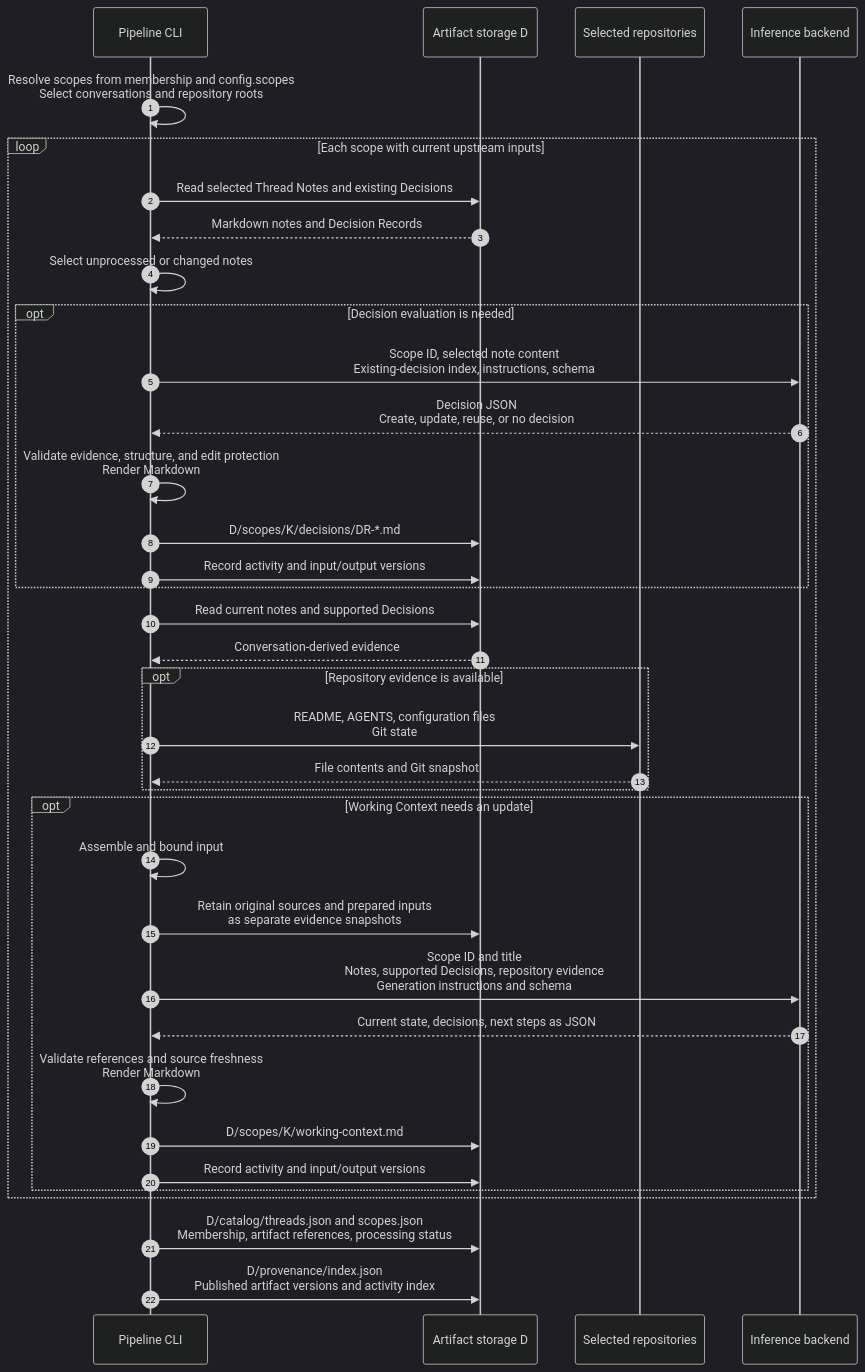
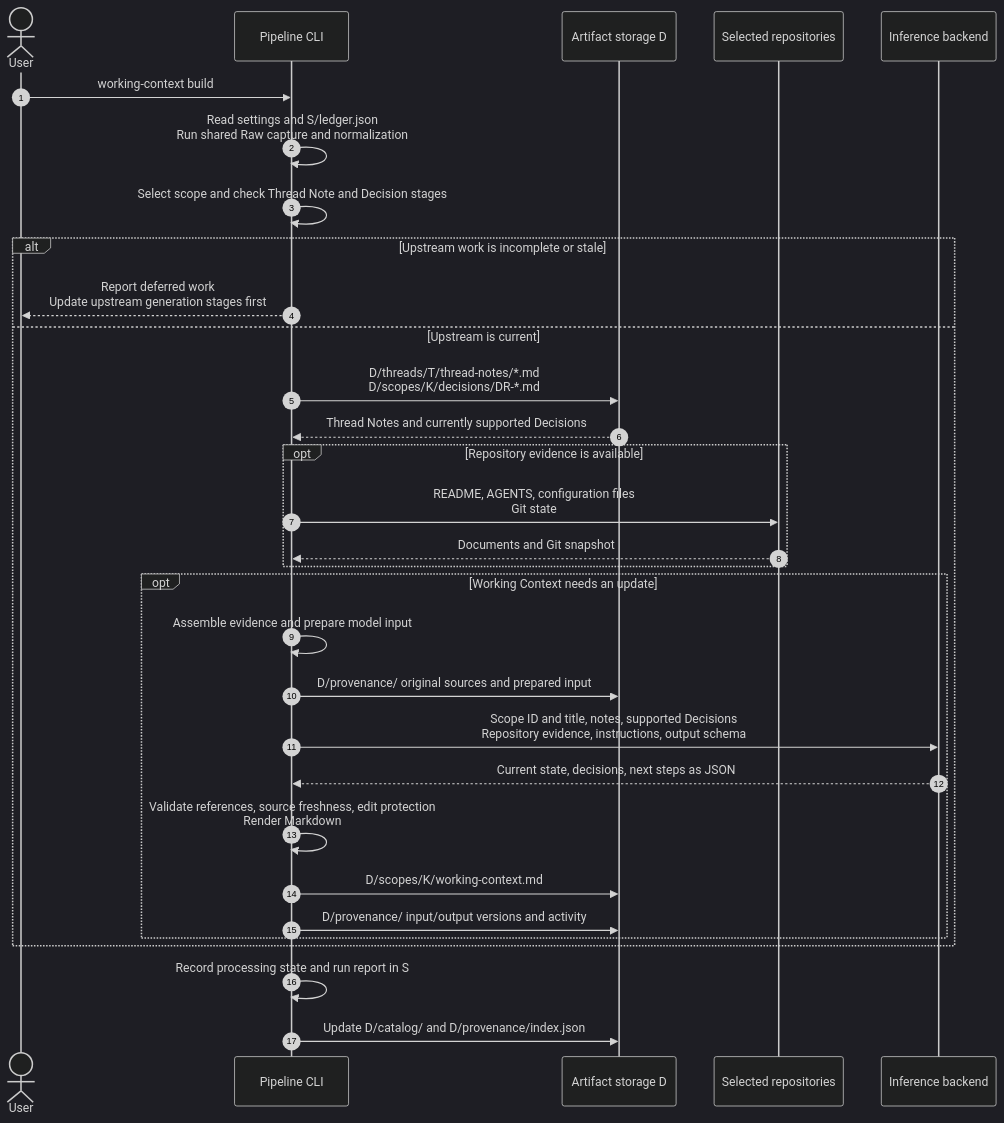
One commit to tuckn/tkn_codex_chat_note_pipeline changed the fourth of 5 diagrams in README.md. Above: the diagram before and after it, drawn with Mermaid (dark theme). The commit also changed other lines of this file and 1 other file, not shown here.

First line of the commit message:
Update Japanese README for clarity and detail on Codex Context Pipeline

````diff
--- a/README.md
+++ b/README.md
@@ -490,44 +511,34 @@
 ```mermaid
 sequenceDiagram
     autonumber
+    actor U as User
     participant P as Pipeline CLI
     participant D as Artifact storage D
     participant R as Selected repositories
     participant AI as Inference backend
 
-    P->>P: Resolve scopes from membership and config.scopes<br/>Select conversations and repository roots
-
-    loop Each scope with current upstream inputs
-        P->>D: Read selected Thread Notes and existing Decisions
-        D-->>P: Markdown notes and Decision Records
-        P->>P: Select unprocessed or changed notes
-
-        opt Decision evaluation is needed
-            P->>AI: Scope ID, selected note content<br/>Existing-decision index, instructions, schema
-            AI-->>P: Decision JSON<br/>Create, update, reuse, or no decision
-            P->>P: Validate evidence, structure, and edit protection<br/>Render Markdown
-            P->>D: D/scopes/K/decisions/DR-*.md
-            P->>D: Record activity and input/output versions
-        end
-
-        P->>D: Read current notes and supported Decisions
-        D-->>P: Conversation-derived evidence
+    U->>P: working-context build
+    P->>P: Read settings and S/ledger.json<br/>Run shared Raw capture and normalization
+    P->>P: Select scope and check Thread Note and Decision stages
+    alt Upstream work is incomplete or stale
+        P-->>U: Report deferred work<br/>Update upstream generation stages first
+    else Upstream is current
+        P->>D: D/threads/T/thread-notes/*.md<br/>D/scopes/K/decisions/DR-*.md
+        D-->>P: Thread Notes and currently supported Decisions
         opt Repository evidence is available
             P->>R: README, AGENTS, configuration files<br/>Git state
-            R-->>P: File contents and Git snapshot
+            R-->>P: Documents and Git snapshot
         end
-
         opt Working Context needs an update
-            P->>P: Assemble and bound input
-            P->>D: Retain original sources and prepared inputs<br/>as separate evidence snapshots
-            P->>AI: Scope ID and title<br/>Notes, supported Decisions, repository evidence<br/>Generation instructions and schema
+            P->>P: Assemble evidence and prepare model input
+            P->>D: D/provenance/ original sources and prepared input
+            P->>AI: Scope ID and title, notes, supported Decisions<br/>Repository evidence, instructions, output schema
             AI-->>P: Current state, decisions, next steps as JSON
-            P->>P: Validate references and source freshness<br/>Render Markdown
+            P->>P: Validate references, source freshness, edit protection<br/>Render Markdown
             P->>D: D/scopes/K/working-context.md
-            P->>D: Record activity and input/output versions
+            P->>D: D/provenance/ input/output versions and activity
         end
     end
-
-    P->>D: D/catalog/threads.json and scopes.json<br/>Membership, artifact references, processing status
-    P->>D: D/provenance/index.json<br/>Published artifact versions and activity index
+    P->>P: Record processing state and run report in S
+    P->>D: Update D/catalog/ and D/provenance/index.json
 ```
````
